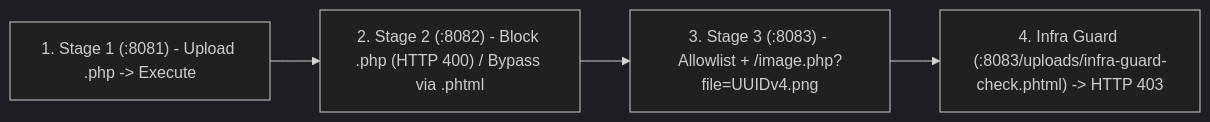
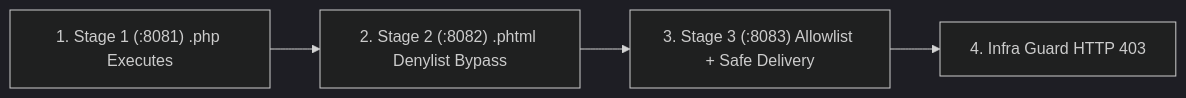
The diagram in labs/01-php-upload-defense/docs/en/lt-script.md (sunak-tech/upload-to-execution-lab), drawn with Mermaid (dark theme) before and after one commit. The commit also changed other lines of this file and 38 other files, not shown here.

````diff
--- a/labs/01-php-upload-defense/docs/en/lt-script.md
+++ b/labs/01-php-upload-defense/docs/en/lt-script.md
@@ -41,6 +26,6 @@
 ```mermaid
 flowchart LR
-    D1["1. Stage 1 (:8081) - Upload .php -> Execute"] --> D2["2. Stage 2 (:8082) - Block .php (HTTP 400) / Bypass via .phtml"]
-    D2 --> D3["3. Stage 3 (:8083) - Allowlist + /image.php?file=UUIDv4.png"]
-    D3 --> D4["4. Infra Guard (:8083/uploads/infra-guard-check.phtml) -> HTTP 403"]
+    S1["1. Stage 1 (:8081) .php Executes"] --> S2["2. Stage 2 (:8082) .phtml Denylist Bypass"]
+    S2 --> S3["3. Stage 3 (:8083) Allowlist + Safe Delivery"]
+    S3 --> S4["4. Infra Guard HTTP 403"]
 ```
````
